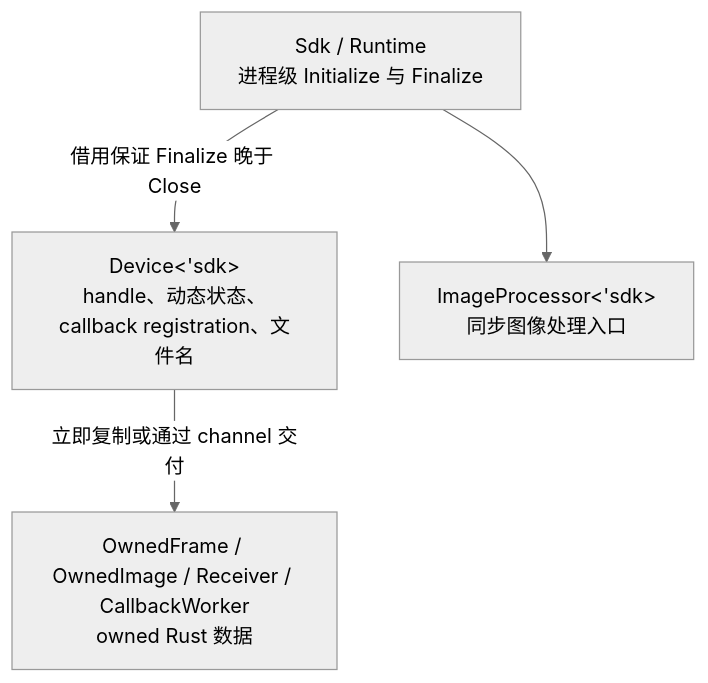
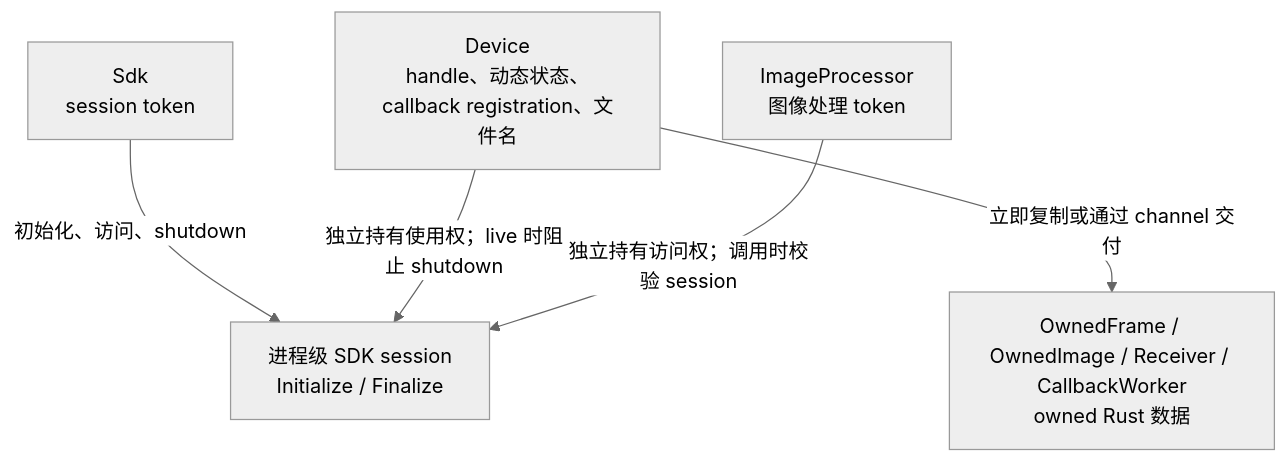
Before and after one commit to JSB-Unscarred/3dmvs-sdk-rs: the first of 2 diagrams in 生命周期与时序图.md, drawn with Mermaid (neutral theme). The commit also changed other lines of this file and 25 other files, not shown here.

First line of the commit message:
refactor!: 简化 SDK session 所有权与关闭模型

````diff
--- a/生命周期与时序图.md
+++ b/生命周期与时序图.md
@@ -5,11 +5,13 @@
 ```mermaid
 flowchart TD
-    SDK["Sdk / Runtime<br/>进程级 Initialize 与 Finalize"]
-    Device["Device<'sdk><br/>handle、动态状态、callback registration、文件名"]
-    Processor["ImageProcessor<'sdk><br/>同步图像处理入口"]
+    Session["进程级 SDK session<br/>Initialize / Finalize"]
+    SDK["Sdk<br/>session token"]
+    Device["Device<br/>handle、动态状态、callback registration、文件名"]
+    Processor["ImageProcessor<br/>图像处理 token"]
     Output["OwnedFrame / OwnedImage / Receiver / CallbackWorker<br/>owned Rust 数据"]
 
-    SDK -->|借用保证 Finalize 晚于 Close| Device
-    SDK --> Processor
+    SDK -->|初始化、访问、shutdown| Session
+    Device -->|独立持有使用权；live 时阻止 shutdown| Session
+    Processor -->|独立持有访问权；调用时校验 session| Session
     Device -->|立即复制或通过 channel 交付| Output
 ```
````
